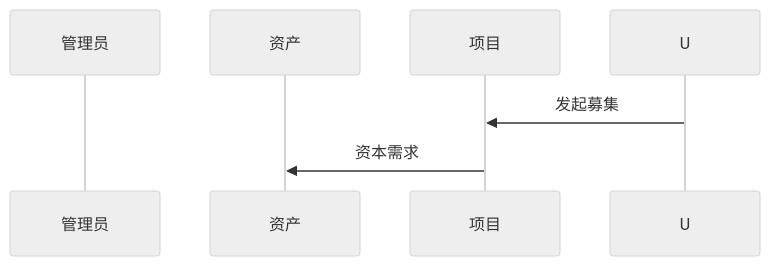
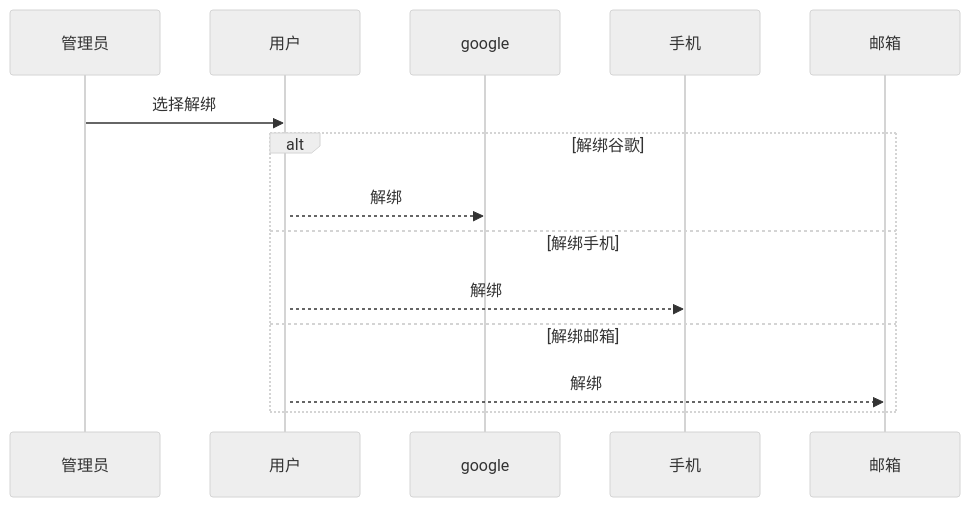
Before and after one commit to neomaclin/designdoc: the sixth of 6 diagrams in Readme.md, drawn with Mermaid (neutral theme). The commit also changed other lines of this file, not shown here.

````diff
--- a/Readme.md
+++ b/Readme.md
@@ -91,11 +107,19 @@
 ```mermaid
 
 sequenceDiagram
-    participant S as 管理员
-    participant A as 资产
-    participant P as 项目
+    participant s as 管理员
+    participant u as 用户
+    participant g as google
+    participant p as 手机
+    participant m as 邮箱
 
-    U->>P: 发起募集
-    P->>A: 资本需求
-
+    s->>u: 选择解绑
+    activate u
+    alt 解绑谷歌
+        u-->>g: 解绑
+    else 解绑手机
+        u-->>p: 解绑
+    else 解绑邮箱
+        u-->>m: 解绑
+    end
 ```
````
